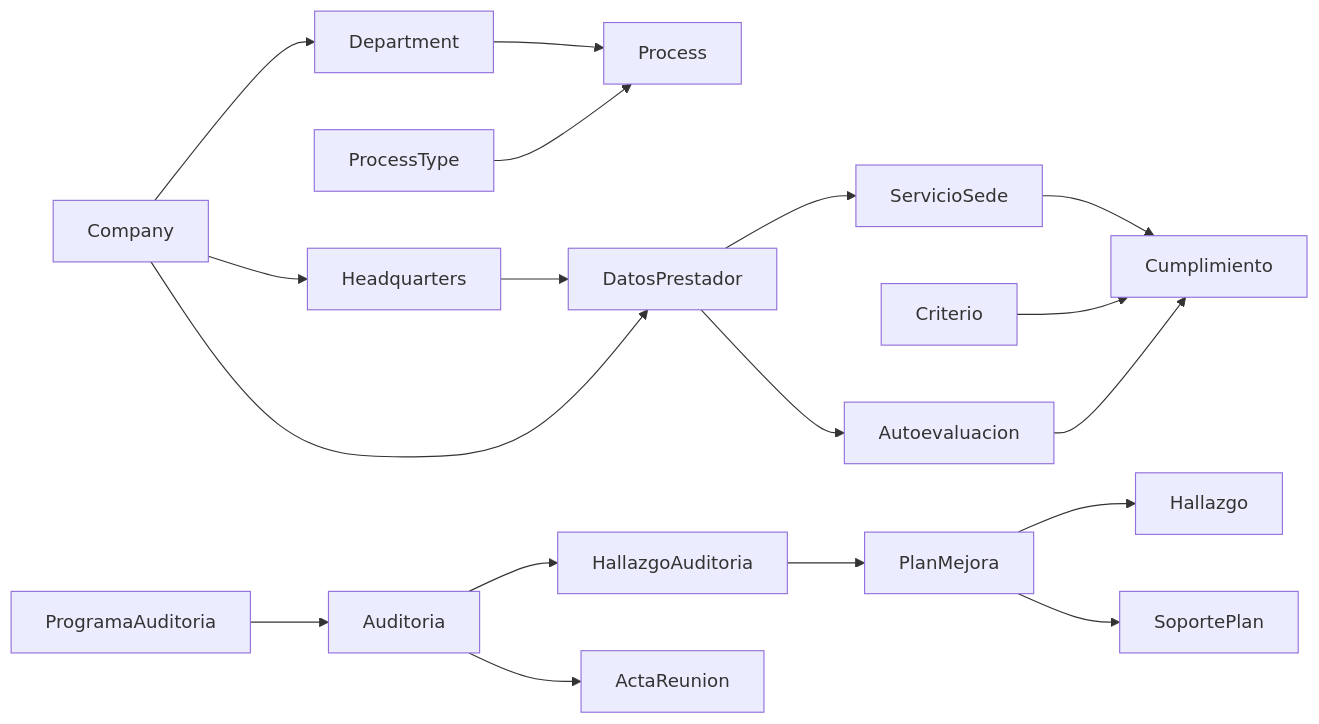
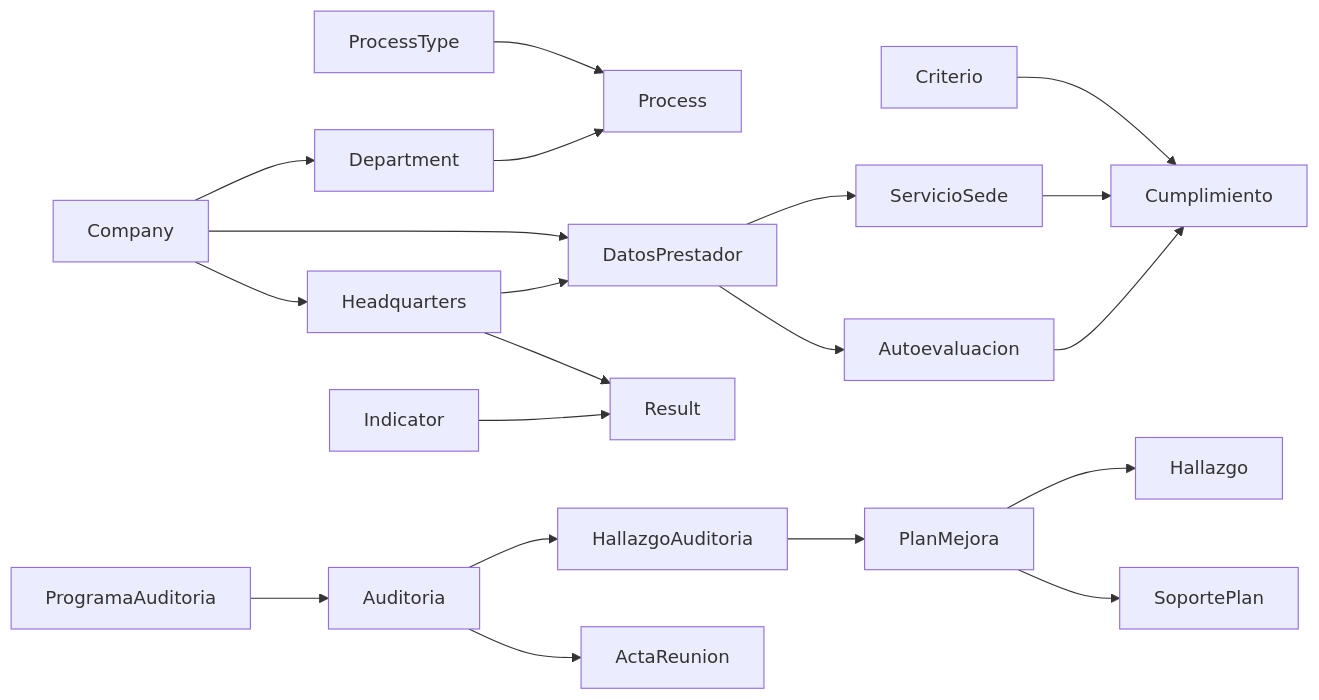
The second of 3 diagrams in architecture.md (Edisonnarvaez/portal_web_backend), drawn with Mermaid before and after one commit. The commit also changed other lines of this file and 1 other file, not shown here.

````diff
--- a/architecture.md
+++ b/architecture.md
@@ -163,23 +259,26 @@
 ```mermaid
 graph LR
     Company --> Headquarters
     Company --> Department
     Department --> Process
     ProcessType --> Process
 
     Headquarters --> DatosPrestador
     Company --> DatosPrestador
     DatosPrestador --> ServicioSede
     DatosPrestador --> Autoevaluacion
+    Autoevaluacion --> Cumplimiento
     ServicioSede --> Cumplimiento
     Criterio --> Cumplimiento
-    Autoevaluacion --> Cumplimiento
+
+    Indicator --> Result
+    Headquarters --> Result
 
     Auditoria --> HallazgoAuditoria
     Auditoria --> ActaReunion
     ProgramaAuditoria --> Auditoria
 
     PlanMejora --> Hallazgo
     PlanMejora --> SoportePlan
     HallazgoAuditoria --> PlanMejora
 ```
````
